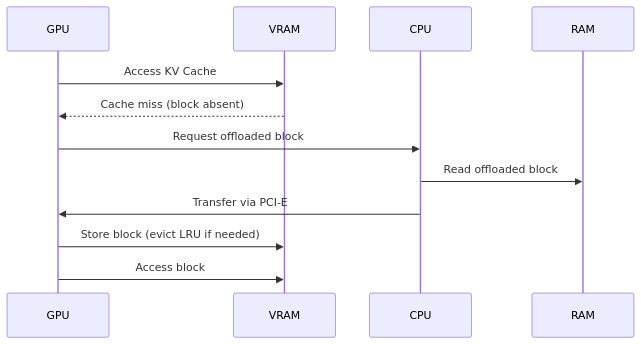
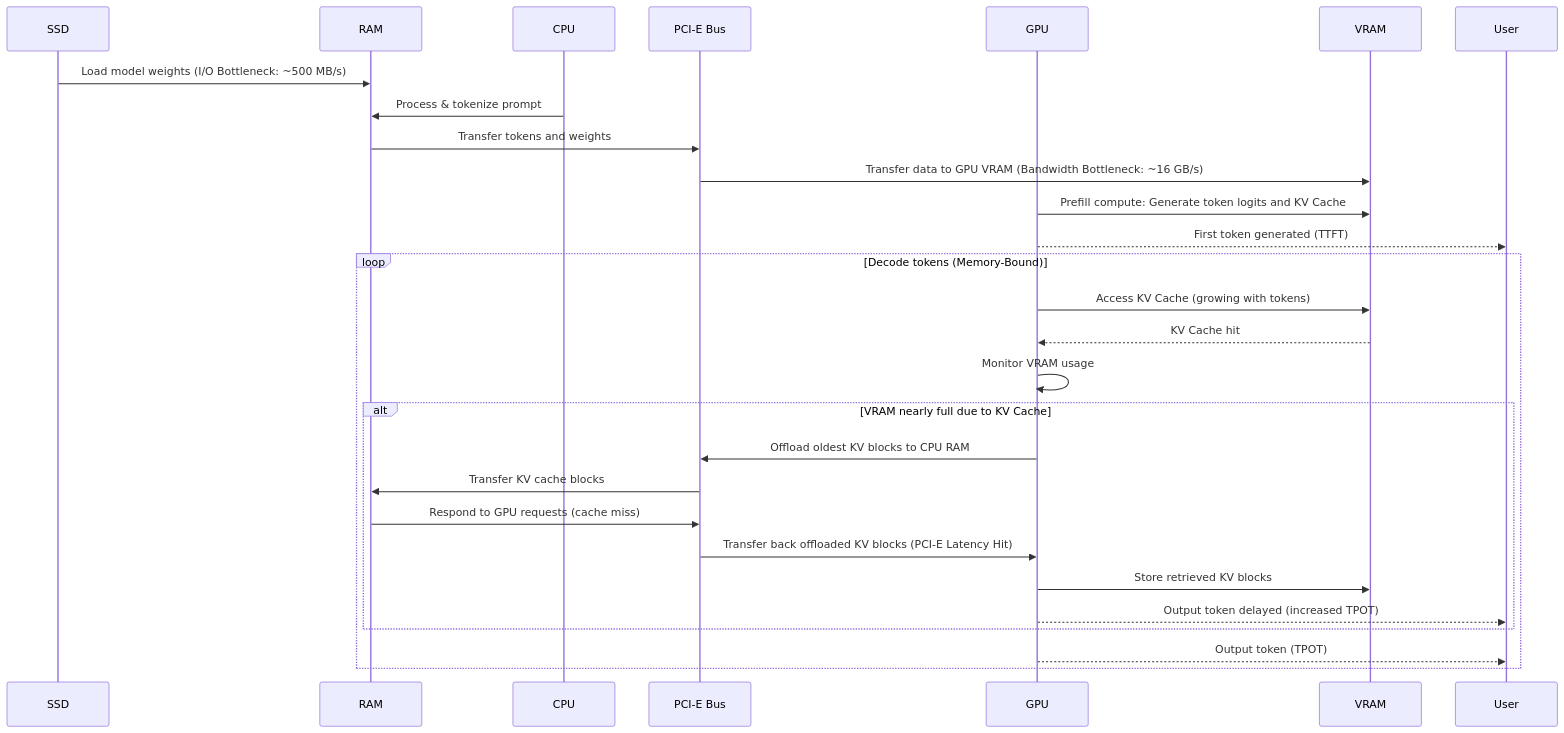
One commit to lefthand67/ai_engineering_handbook changed the third of 3 diagrams in in_progress/01_execution/hybrid_cpu_gpu_execution_and_kv_cache_offloading.md. Above: the diagram before and after it, drawn with Mermaid. The commit also changed other lines of this file, not shown here.

Commit message:
WIP: v0.4.0 hybrid_cpu_gpu_execution_and_kv_cache_offloading.md

````diff
--- a/in_progress/01_execution/hybrid_cpu_gpu_execution_and_kv_cache_offloading.md
+++ b/in_progress/01_execution/hybrid_cpu_gpu_execution_and_kv_cache_offloading.md
@@ -245,15 +195,31 @@
 ```mermaid
 sequenceDiagram
+    participant SSD
+    participant RAM
+    participant CPU
+    participant PCIeBus as PCI-E Bus
     participant GPU
     participant VRAM
-    participant CPU
-    participant RAM
 
-    GPU->>VRAM: Access KV Cache
-    VRAM-->>GPU: Cache miss (block absent)
-    GPU->>CPU: Request offloaded block
-    CPU->>RAM: Read offloaded block
-    CPU->>GPU: Transfer via PCI-E
-    GPU->>VRAM: Store block (evict LRU if needed)
-    GPU->>VRAM: Access block
+    SSD->>RAM: Load model weights (I/O Bottleneck: ~500 MB/s)
+    CPU->>RAM: Process & tokenize prompt
+    RAM->>PCIeBus: Transfer tokens and weights
+    PCIeBus->>VRAM: Transfer data to GPU VRAM (Bandwidth Bottleneck: ~16 GB/s)
+    GPU->>VRAM: Prefill compute: Generate token logits and KV Cache
+    GPU-->>User: First token generated (TTFT)
+
+    loop Decode tokens (Memory-Bound)
+        GPU->>VRAM: Access KV Cache (growing with tokens)
+        VRAM-->>GPU: KV Cache hit
+        GPU->>GPU: Monitor VRAM usage
+        alt VRAM nearly full due to KV Cache
+            GPU->>PCIeBus: Offload oldest KV blocks to CPU RAM
+            PCIeBus->>RAM: Transfer KV cache blocks
+            RAM->>PCIeBus: Respond to GPU requests (cache miss)
+            PCIeBus->>GPU: Transfer back offloaded KV blocks (PCI-E Latency Hit)
+            GPU->>VRAM: Store retrieved KV blocks
+            GPU-->>User: Output token delayed (increased TPOT)
+        end
+        GPU-->>User: Output token (TPOT)
+    end
 ```
````
